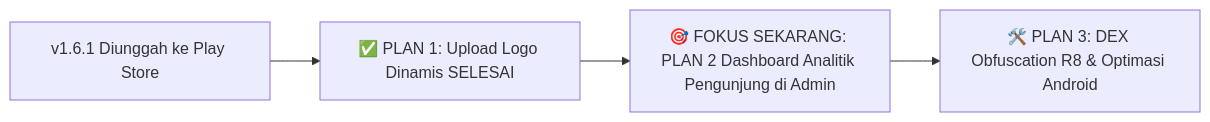
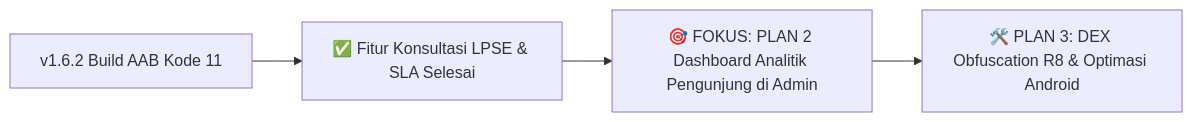
The diagram in PLAN.md (diskominfosandikonsel/konsel-setara), drawn with Mermaid before and after one commit. The commit also changed other lines of this file and 6 other files, not shown here.

Commit message:
chore(release): bump version to 1.6.2 (versionCode 11) & perbarui SOP Play Store

````diff
--- a/PLAN.md
+++ b/PLAN.md
@@ -19,6 +20,6 @@
 ```mermaid
 flowchart LR
-    A[v1.6.1 Diunggah ke Play Store] --> B[✅ PLAN 1: Upload Logo Dinamis SELESAI]
-    B --> C[🎯 FOKUS SEKARANG: PLAN 2 Dashboard Analitik Pengunjung di Admin]
+    A[v1.6.2 Build AAB Kode 11] --> B[✅ Fitur Konsultasi LPSE & SLA Selesai]
+    B --> C[🎯 FOKUS: PLAN 2 Dashboard Analitik Pengunjung di Admin]
     C --> D[🛠️ PLAN 3: DEX Obfuscation R8 & Optimasi Android]
 ```
````
